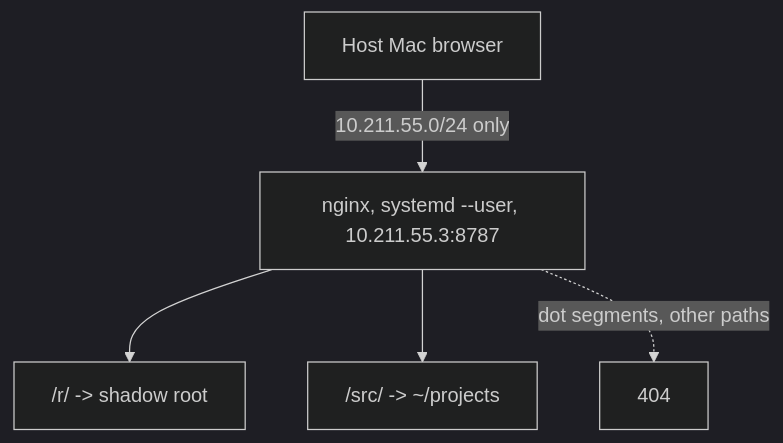
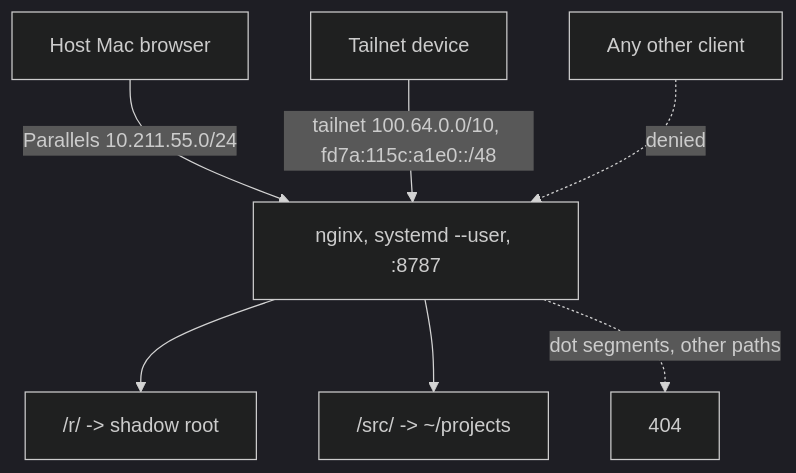
One commit to shalomb/agent-skills changed the sixth of 6 diagrams in docs/reference/understand/spec.md. Above: the diagram before and after it, drawn with Mermaid (dark theme). The commit also changed other lines of this file and 5 other files, not shown here.

````diff
--- a/docs/reference/understand/spec.md
+++ b/docs/reference/understand/spec.md
@@ -162,7 +163,9 @@
 ```mermaid
 flowchart TB
-  B[Host Mac browser] -->|"10.211.55.0/24 only"| N["nginx, systemd --user, 10.211.55.3:8787"]
+  B1[Host Mac browser] -->|"Parallels 10.211.55.0/24"| N["nginx, systemd --user, :8787"]
+  B2[Tailnet device] -->|"tailnet 100.64.0.0/10, fd7a:115c:a1e0::/48"| N
+  B3[Any other client] -.->|denied| N
   N --> R1["/r/ -> shadow root"]
   N --> R2["/src/ -> ~/projects"]
   N -.->|"dot segments, other paths"| X[404]
 ```
````
